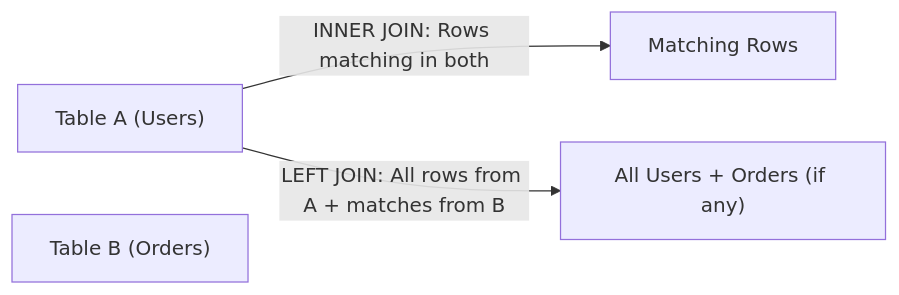
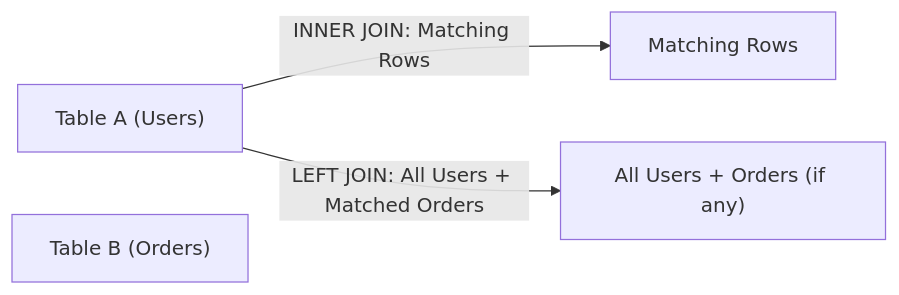
Diagram 21 of 22 in 06-Java-and-Spring-Boot/Spring Boot Interview Guide.md (rohithgowda18/Notes), drawn with Mermaid before and after one commit. The commit also changed other lines of this file, not shown here.

````diff
--- a/06-Java-and-Spring-Boot/Spring Boot Interview Guide.md
+++ b/06-Java-and-Spring-Boot/Spring Boot Interview Guide.md
@@ -1206,8 +1285,8 @@
 ```mermaid
 flowchart LR
     A["Table A (Users)"]
     B["Table B (Orders)"]
 
-    A -->|INNER JOIN: Rows matching in both| IJ["Matching Rows"]
-    A -->|LEFT JOIN: All rows from A + matches from B| LJ["All Users + Orders (if any)"]
+    A -->|"INNER JOIN: Matching Rows"| IJ["Matching Rows"]
+    A -->|"LEFT JOIN: All Users + Matched Orders"| LJ["All Users + Orders (if any)"]
 ```
````
